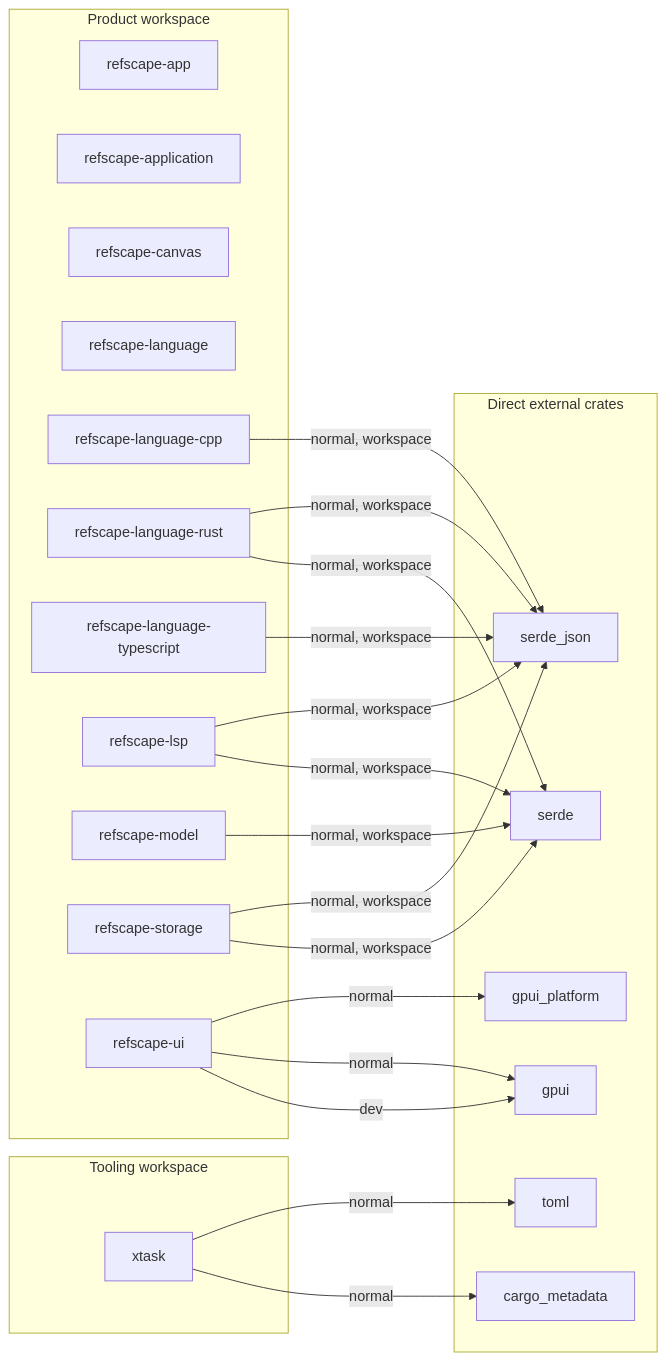
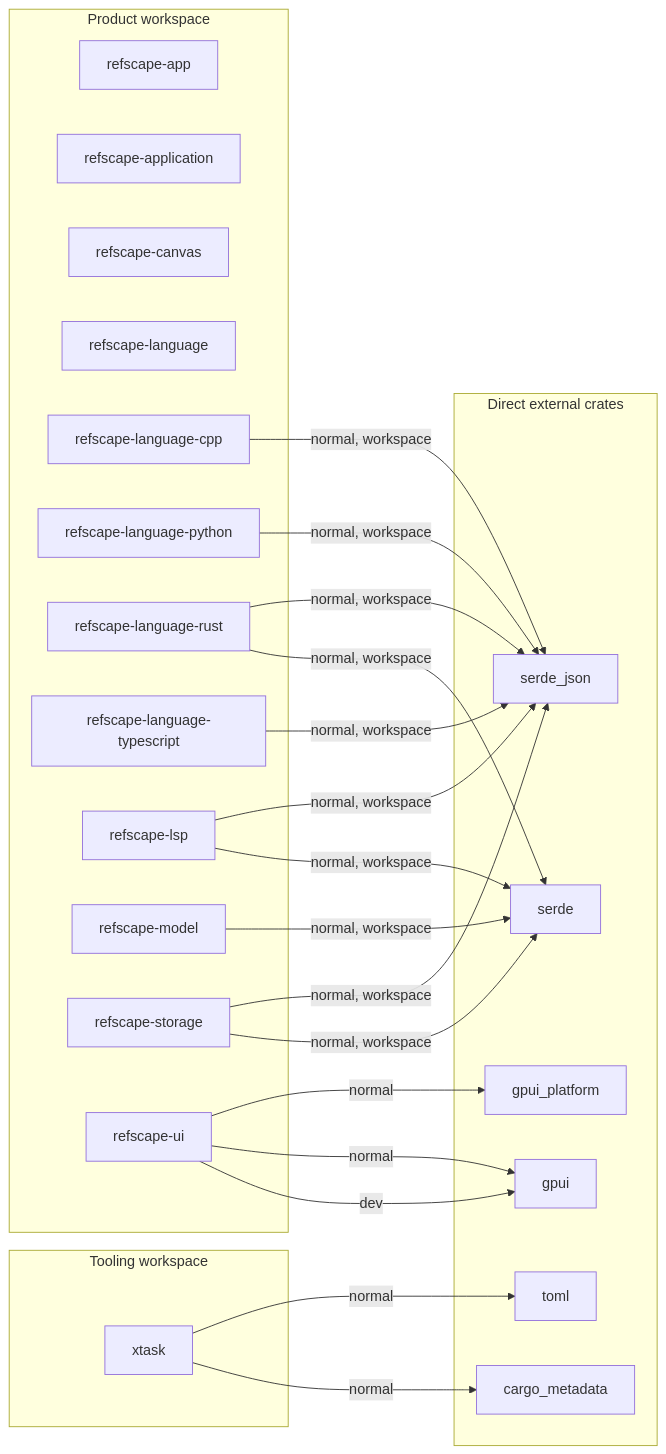
The second of 2 diagrams in docs/dependency-graph.md (Kashiwade-music/refscape), drawn with Mermaid before and after one commit. The commit also changed other lines of this file and 36 other files, not shown here.

Commit message:
Add Python language support with basedpyright

````diff
--- a/docs/dependency-graph.md
+++ b/docs/dependency-graph.md
@@ -67,41 +72,43 @@
 ```mermaid
 flowchart LR
     subgraph product["Product workspace"]
         refscape_app["refscape-app"]
         refscape_application["refscape-application"]
         refscape_canvas["refscape-canvas"]
         refscape_language["refscape-language"]
         refscape_language_cpp["refscape-language-cpp"]
+        refscape_language_python["refscape-language-python"]
         refscape_language_rust["refscape-language-rust"]
         refscape_language_typescript["refscape-language-typescript"]
         refscape_lsp["refscape-lsp"]
         refscape_model["refscape-model"]
         refscape_storage["refscape-storage"]
         refscape_ui["refscape-ui"]
     end
     subgraph tooling["Tooling workspace"]
         xtask["xtask"]
     end
     subgraph external["Direct external crates"]
         external_0["cargo_metadata"]
         external_1["gpui"]
         external_2["gpui_platform"]
         external_3["serde"]
         external_4["serde_json"]
         external_5["toml"]
     end
     refscape_language_cpp -->|"normal, workspace"| external_4
+    refscape_language_python -->|"normal, workspace"| external_4
     refscape_language_rust -->|"normal, workspace"| external_3
     refscape_language_rust -->|"normal, workspace"| external_4
     refscape_language_typescript -->|"normal, workspace"| external_4
     refscape_lsp -->|"normal, workspace"| external_3
     refscape_lsp -->|"normal, workspace"| external_4
     refscape_model -->|"normal, workspace"| external_3
     refscape_storage -->|"normal, workspace"| external_3
     refscape_storage -->|"normal, workspace"| external_4
     refscape_ui -->|"dev"| external_1
     refscape_ui -->|"normal"| external_1
     refscape_ui -->|"normal"| external_2
     xtask -->|"normal"| external_0
     xtask -->|"normal"| external_5
 ```
````
